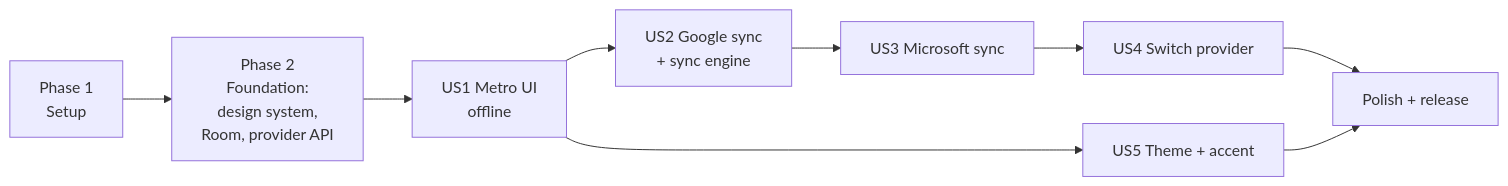
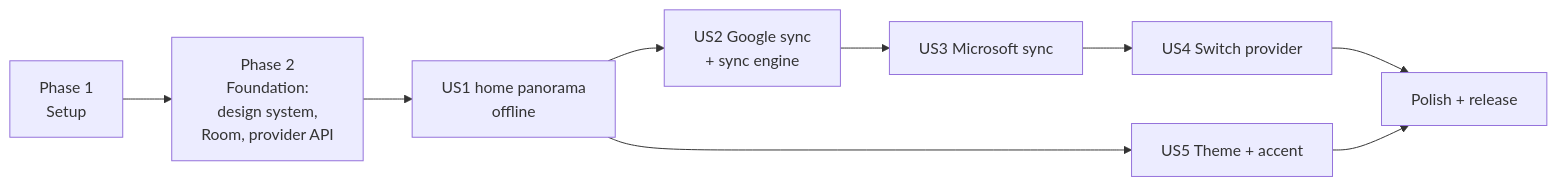
One commit to samekh248/duenorthtasks changed the diagram in specs/001-metro-todo-app/tasks.md. Above: the diagram before and after it, drawn with Mermaid. The commit also changed other lines of this file and 9 other files, not shown here.

````diff
--- a/specs/001-metro-todo-app/tasks.md
+++ b/specs/001-metro-todo-app/tasks.md
@@ -24,11 +24,11 @@
 ```mermaid
 flowchart LR
     P1[Phase 1<br/>Setup] --> P2[Phase 2<br/>Foundation:<br/>design system,<br/>Room, provider API]
-    P2 --> US1[US1 Metro UI<br/>offline]
+    P2 --> US1[US1 home panorama<br/>offline]
     US1 --> US2[US2 Google sync<br/>+ sync engine]
     US2 --> US3[US3 Microsoft sync]
     US3 --> US4[US4 Switch provider]
     US1 --> US5[US5 Theme + accent]
     US4 --> P8[Polish + release]
     US5 --> P8
 ```
````
